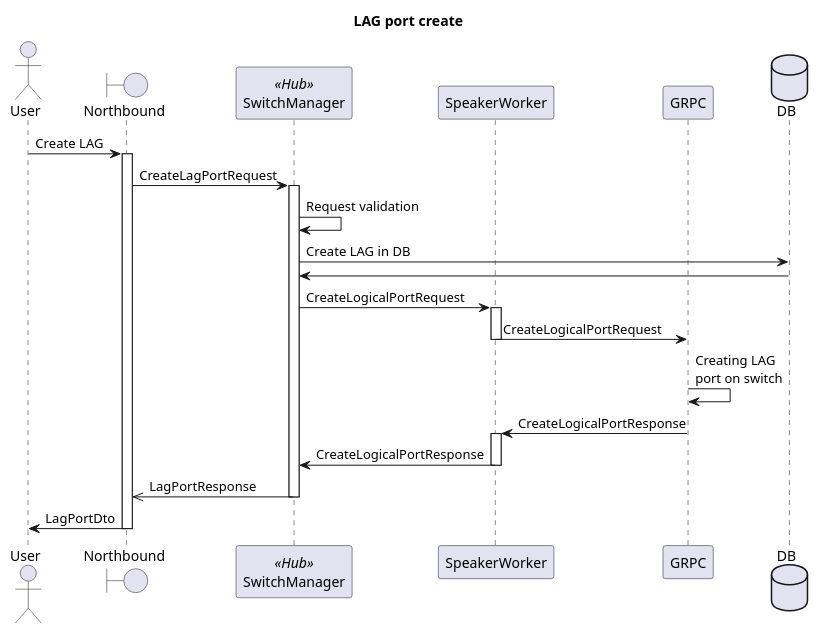
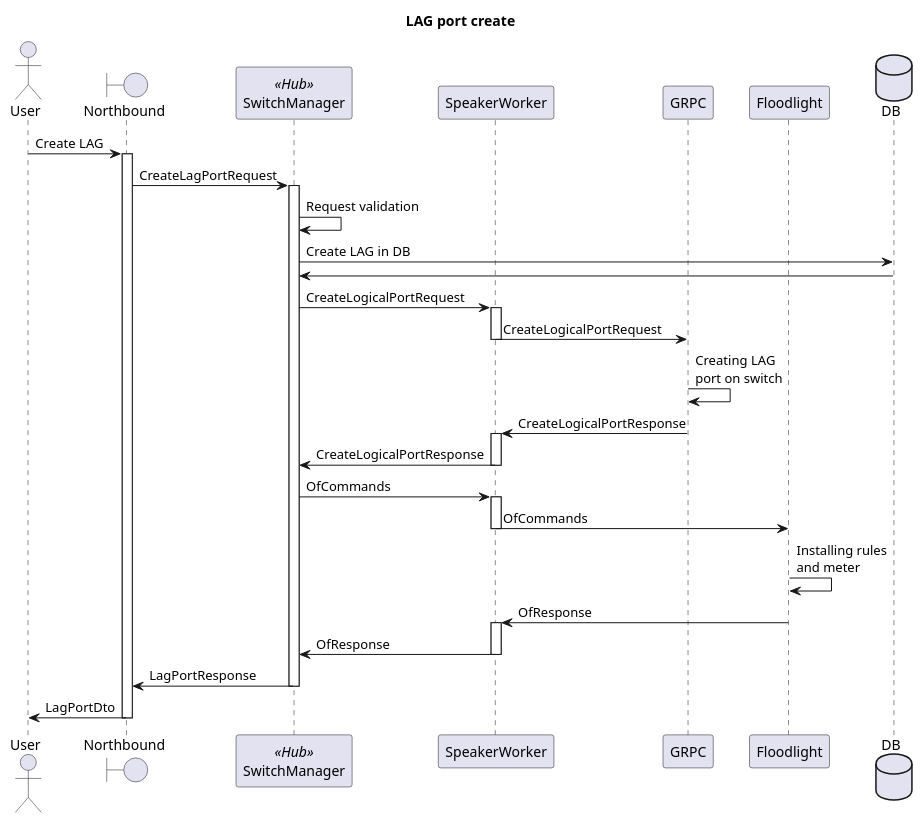
The diagram in docs/design/hub-and-spoke/lag/create/h&s-create-lag-port.puml (telstra/open-kilda), drawn with PlantUML before and after one commit. The commit also changed 81 other files, not shown here.

```diff
--- a/docs/design/hub-and-spoke/lag/create/h&s-create-lag-port.puml
+++ b/docs/design/hub-and-spoke/lag/create/h&s-create-lag-port.puml
@@ -1,33 +1,43 @@
 @startuml
 title LAG port create
 
 actor User
 boundary Northbound as NB
 participant SwitchManager << Hub >>
 participant SpeakerWorker
 participant GRPC
+participant Floodlight
 database DB
 
 User -> NB : Create LAG
 
 activate NB
 NB -> SwitchManager : CreateLagPortRequest
 activate SwitchManager
 SwitchManager -> SwitchManager : Request validation
 SwitchManager -> DB : Create LAG in DB
 DB -> SwitchManager
 SwitchManager -> SpeakerWorker : CreateLogicalPortRequest
 activate SpeakerWorker
 SpeakerWorker -> GRPC : CreateLogicalPortRequest
 deactivate SpeakerWorker
 GRPC -> GRPC : Creating LAG\nport on switch
 GRPC -> SpeakerWorker : CreateLogicalPortResponse
 activate SpeakerWorker
 SpeakerWorker -> SwitchManager : CreateLogicalPortResponse
 deactivate SpeakerWorker
-SwitchManager ->> NB: LagPortResponse
+SwitchManager -> SpeakerWorker : OfCommands
+activate SpeakerWorker
+SpeakerWorker -> Floodlight : OfCommands
+deactivate SpeakerWorker
+Floodlight -> Floodlight : Installing rules\nand meter
+Floodlight -> SpeakerWorker : OfResponse
+activate SpeakerWorker
+SpeakerWorker -> SwitchManager : OfResponse
+deactivate SpeakerWorker
+SwitchManager -> NB : LagPortResponse
 deactivate SwitchManager
 NB -> User: LagPortDto
 deactivate NB
 
 @enduml
```
